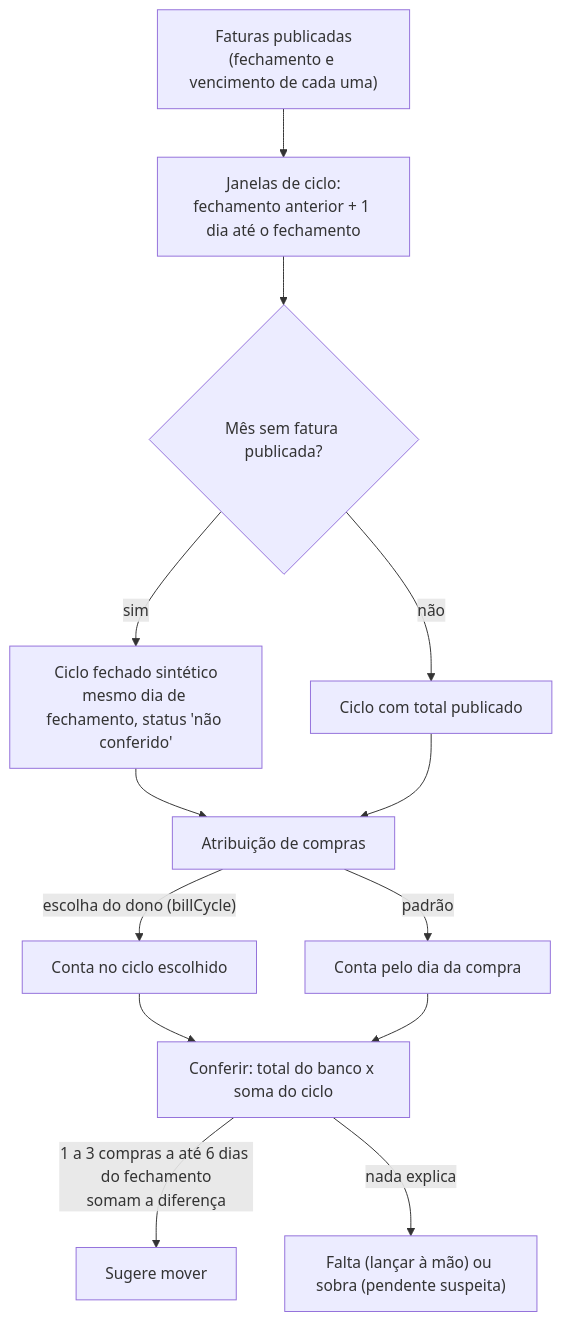
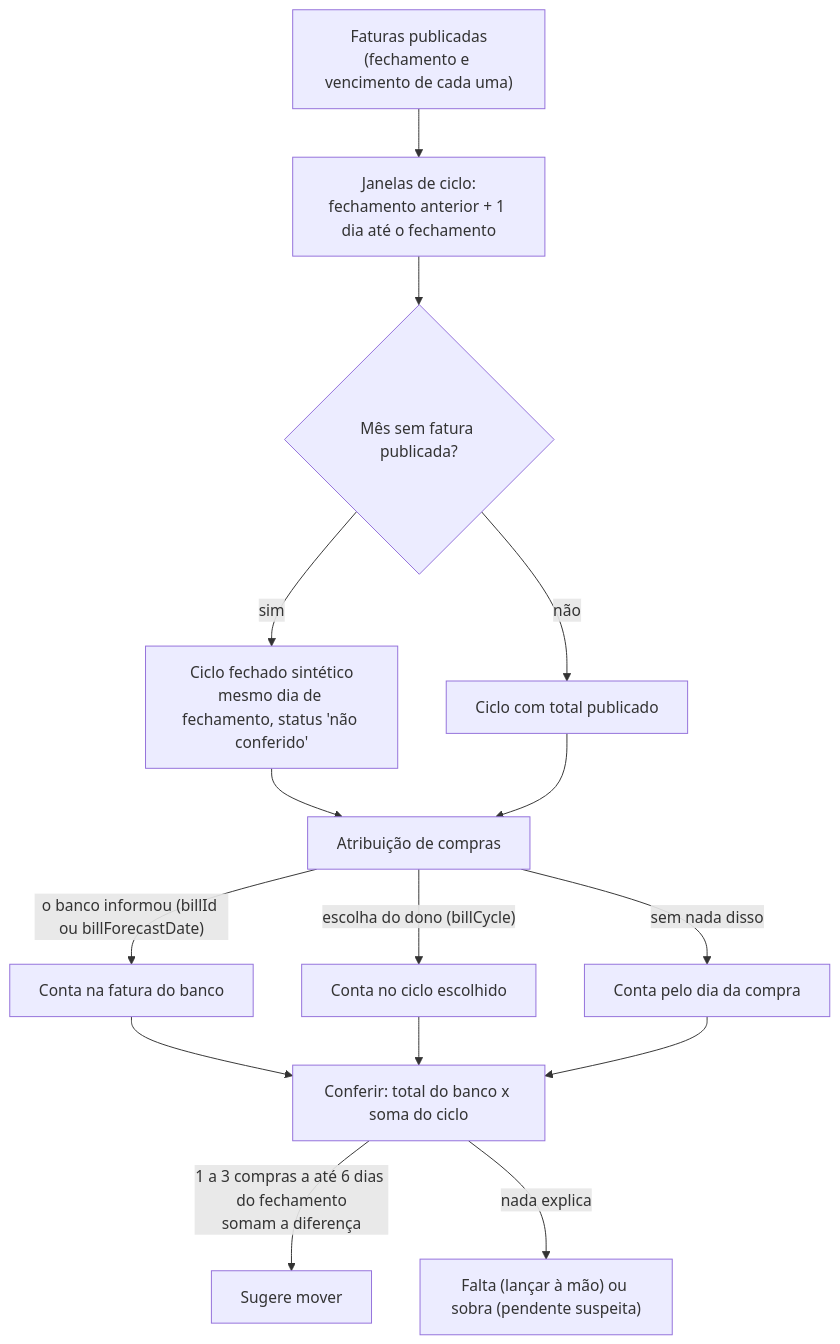
One commit to franklinclf/gata-molhada-finance changed the fourth of 4 diagrams in docs/data-flow.md. Above: the diagram before and after it, drawn with Mermaid. The commit also changed 25 other files, not shown here.

````diff
--- a/docs/data-flow.md
+++ b/docs/data-flow.md
@@ -98,15 +98,17 @@
 ```mermaid
 flowchart TD
   B["Faturas publicadas<br/>(fechamento e vencimento de cada uma)"] --> W["Janelas de ciclo:<br/>fechamento anterior + 1 dia até o fechamento"]
   W --> G{"Mês sem fatura publicada?"}
   G -->|sim| S["Ciclo fechado sintético<br/>mesmo dia de fechamento, status 'não conferido'"]
   G -->|não| P["Ciclo com total publicado"]
   S --> A["Atribuição de compras"]
   P --> A
   A -->|"escolha do dono (billCycle)"| X["Conta no ciclo escolhido"]
-  A -->|"padrão"| Y["Conta pelo dia da compra"]
+  A -->|"o banco informou (billId ou billForecastDate)"| X2["Conta na fatura do banco"]
+  A -->|"sem nada disso"| Y["Conta pelo dia da compra"]
+  X2 --> CMP
   X --> CMP["Conferir: total do banco x soma do ciclo"]
   Y --> CMP
   CMP -->|"1 a 3 compras a até 6 dias do fechamento<br/>somam a diferença"| MV["Sugere mover"]
   CMP -->|"nada explica"| MS["Falta (lançar à mão) ou sobra (pendente suspeita)"]
 ```
````
